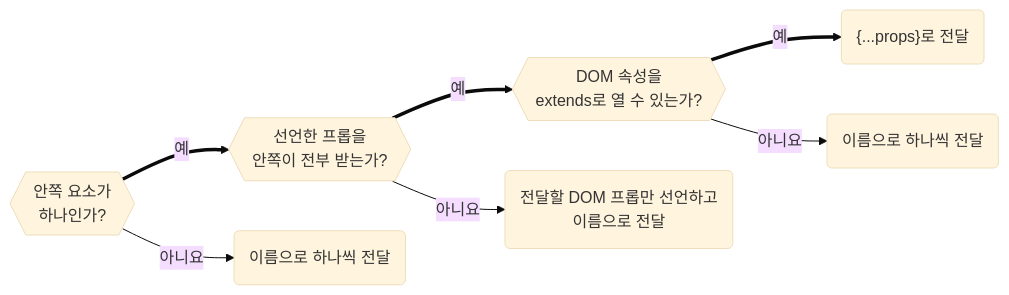
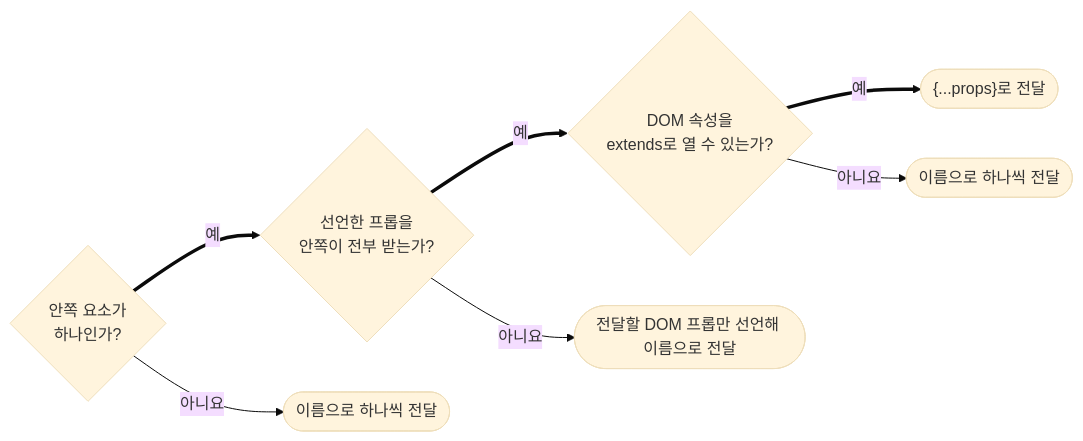
Before and after one commit to minu-ha/agent-conventions: the second of 2 diagrams in skill/react/HANDBOOK.md, drawn with Mermaid (base theme). The commit also changed 6 other files, not shown here.

````diff
--- a/skill/react/HANDBOOK.md
+++ b/skill/react/HANDBOOK.md
@@ -1505,7 +1505,7 @@
 ```mermaid
 flowchart LR
-	q1{{"안쪽 요소가<br>하나인가?"}} == 예 ==> q2{{"선언한 프롭을<br>안쪽이 전부 받는가?"}} == 예 ==> q3{{"DOM 속성을<br>extends로 열 수 있는가?"}} == 예 ==> r3("{...props}로 전달"):::yes
-	q1 -- 아니요 --> r1("이름으로 하나씩 전달")
-	q2 -- 아니요 --> r2("전달할 DOM 프롭만 선언하고<br>이름으로 전달")
-	q3 -- 아니요 --> r4("이름으로 하나씩 전달")
+	q1{"안쪽 요소가<br>하나인가?"} == 예 ==> q2{"선언한 프롭을<br>안쪽이 전부 받는가?"} == 예 ==> q3{"DOM 속성을<br>extends로 열 수 있는가?"} == 예 ==> r3(["{...props}로 전달"]):::yes
+	q1 -- 아니요 --> r1(["이름으로 하나씩 전달"])
+	q2 -- 아니요 --> r2(["전달할 DOM 프롭만 선언해 이름으로 전달"])
+	q3 -- 아니요 --> r4(["이름으로 하나씩 전달"])
 ```
````
